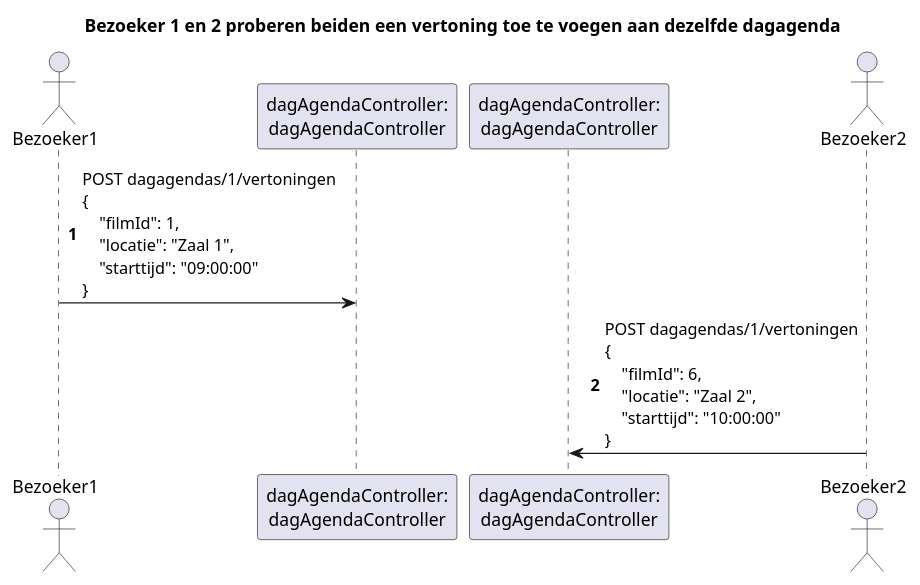
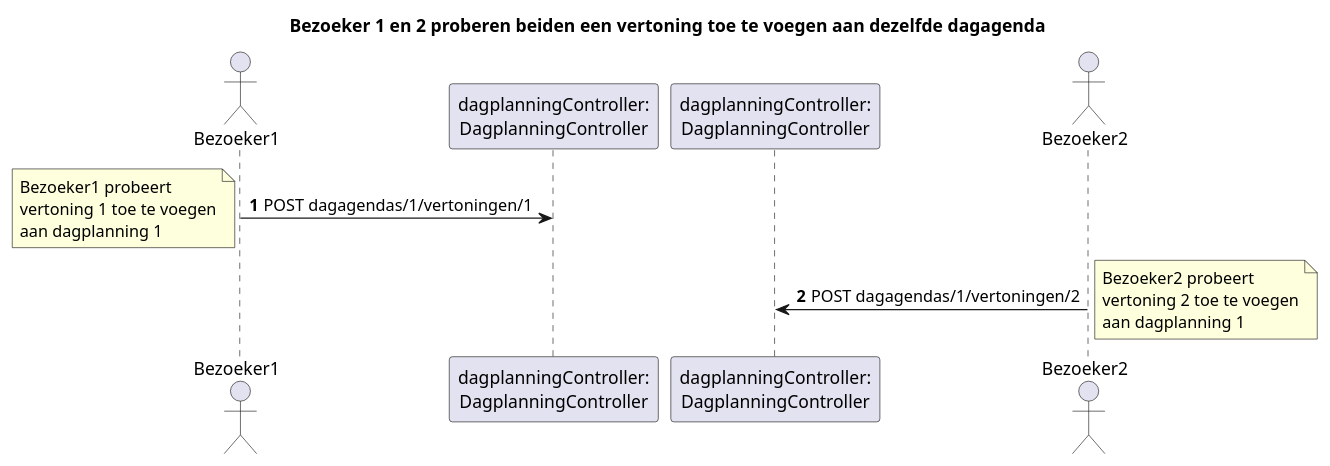
One commit to AIM-ENE/doex-opdracht-3 changed the diagram in weekopdracht/casusbeschrijving/sequentiediagram.puml. Above: the diagram before and after it, drawn with PlantUML. The commit also changed 4 other files, not shown here.

```diff
--- a/weekopdracht/casusbeschrijving/sequentiediagram.puml
+++ b/weekopdracht/casusbeschrijving/sequentiediagram.puml
@@ -1,28 +1,27 @@
 @startuml
 
 autonumber
 
 title "Bezoeker 1 en 2 proberen beiden een vertoning toe te voegen aan dezelfde dagagenda"
 
 actor "Bezoeker1" as bezoeker1
-participant "dagAgendaController:\ndagAgendaController" as controller1
+participant "dagplanningController:\nDagplanningController" as controller1
 
-participant "dagAgendaController:\ndagAgendaController" as controller2
+participant "dagplanningController:\nDagplanningController" as controller2
 actor "Bezoeker2" as bezoeker2
 
-bezoeker1 -> controller1 : POST dagagendas/1/vertoningen\n\
-{\n\
-    "filmId": 1, \n\
-    "locatie": "Zaal 1", \n\
-    "starttijd": "09:00:00" \n\
-}
+bezoeker1 -> controller1 : POST dagagendas/1/vertoningen/1
+note left
+Bezoeker1 probeert
+vertoning 1 toe te voegen
+aan dagplanning 1
+end note
 
-bezoeker2 -> controller2 : POST dagagendas/1/vertoningen\n\
-{\n\
-    "filmId": 6, \n\
-    "locatie": "Zaal 2", \n\
-    "starttijd": "10:00:00" \n\
-}
-
+bezoeker2 -> controller2 : POST dagagendas/1/vertoningen/2
+note right
+Bezoeker2 probeert
+vertoning 2 toe te voegen
+aan dagplanning 1
+end note
 
 @enduml
```
